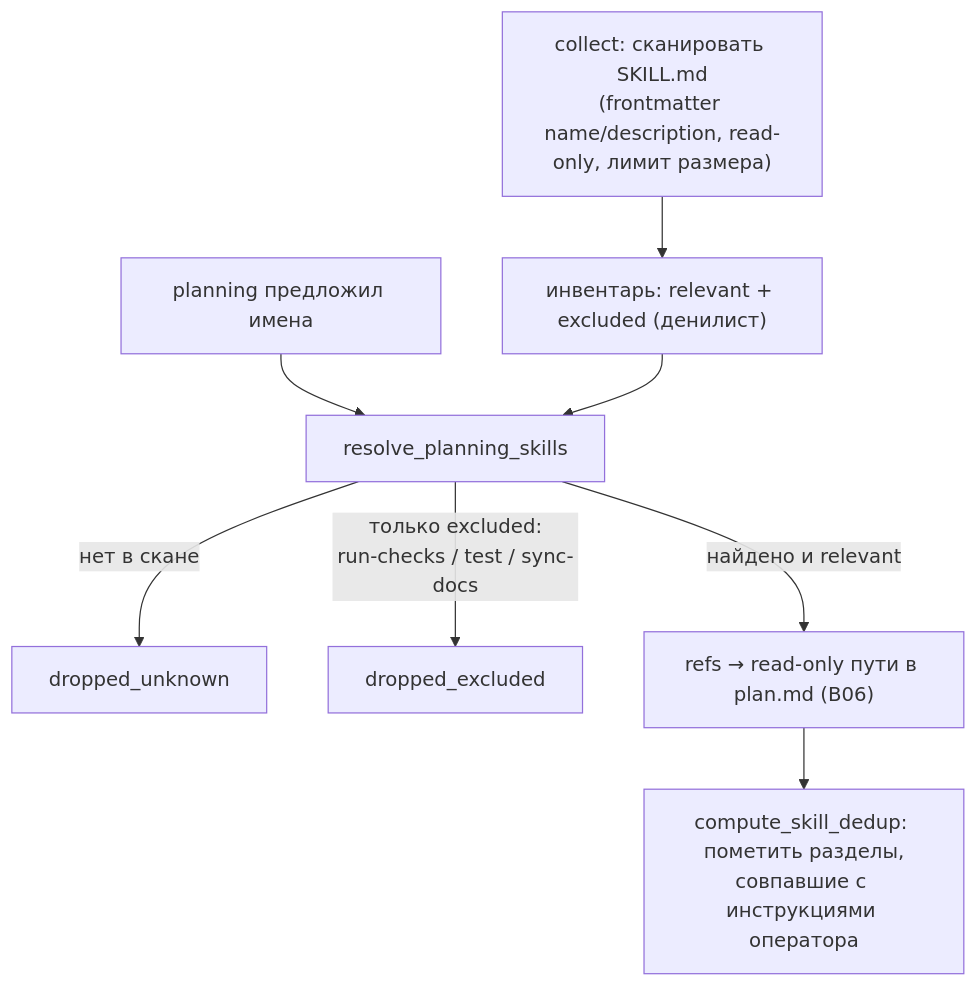
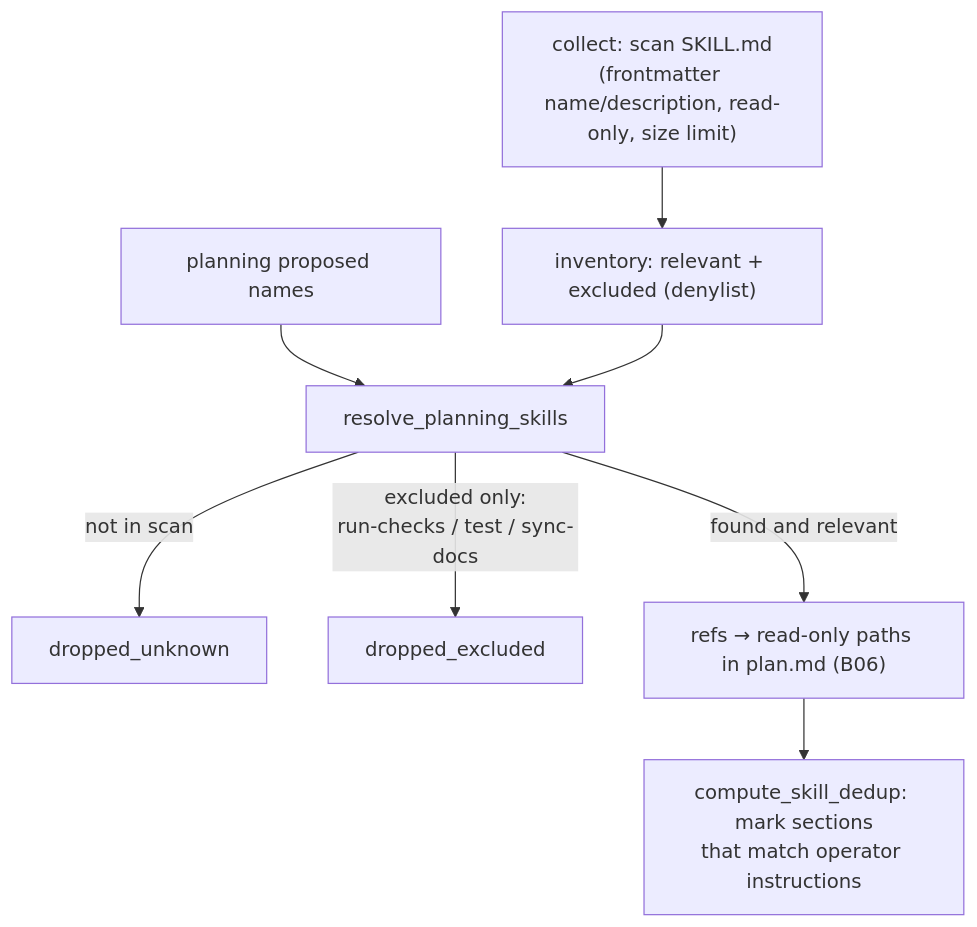
One commit to VladimirMakarevich/wastech-orchestrator changed the diagram in docs/functional/blocks/B13-skill-selection.md. Above: the diagram before and after it, drawn with Mermaid. The commit also changed other lines of this file and 41 other files, not shown here.

Commit message:
docs: translate system flows documentation from Russian to English, ensuring clarity and consistency in terminology. Update sequence diagrams and flowcharts to reflect the changes in language. Maintain the structure and references to blocks for ease of navigation.

````diff
--- a/docs/functional/blocks/B13-skill-selection.md
+++ b/docs/functional/blocks/B13-skill-selection.md
@@ -45,10 +45,10 @@
 ```mermaid
 flowchart TB
-    collect["collect: сканировать SKILL.md<br/>(frontmatter name/description, read-only, лимит размера)"] --> inv["инвентарь: relevant + excluded (денилист)"]
-    proposed["planning предложил имена"] --> resolve["resolve_planning_skills"]
+    collect["collect: scan SKILL.md<br/>(frontmatter name/description, read-only, size limit)"] --> inv["inventory: relevant + excluded (denylist)"]
+    proposed["planning proposed names"] --> resolve["resolve_planning_skills"]
     inv --> resolve
-    resolve -->|"нет в скане"| du["dropped_unknown"]
-    resolve -->|"только excluded:<br/>run-checks / test / sync-docs"| de["dropped_excluded"]
-    resolve -->|"найдено и relevant"| keep["refs → read-only пути в plan.md (B06)"]
-    keep --> dedup["compute_skill_dedup: пометить разделы,<br/>совпавшие с инструкциями оператора"]
+    resolve -->|"not in scan"| du["dropped_unknown"]
+    resolve -->|"excluded only:<br/>run-checks / test / sync-docs"| de["dropped_excluded"]
+    resolve -->|"found and relevant"| keep["refs → read-only paths in plan.md (B06)"]
+    keep --> dedup["compute_skill_dedup: mark sections<br/>that match operator instructions"]
 ```
````
